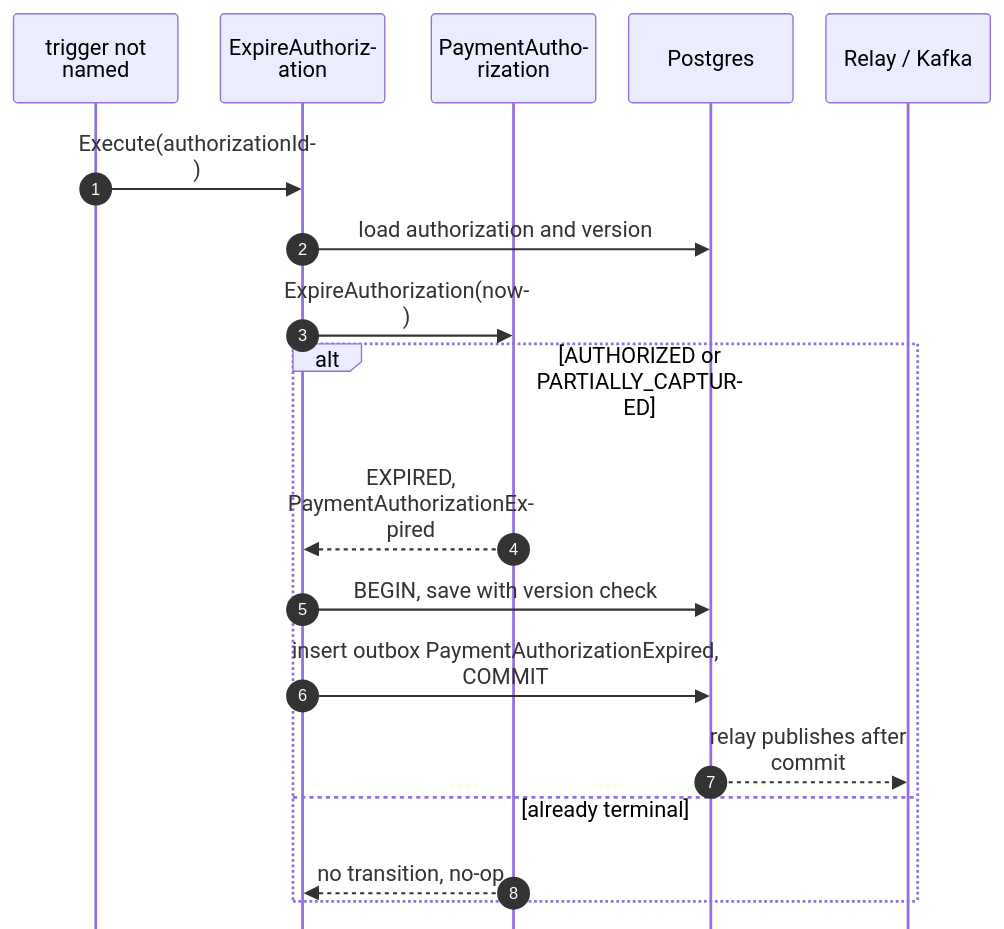
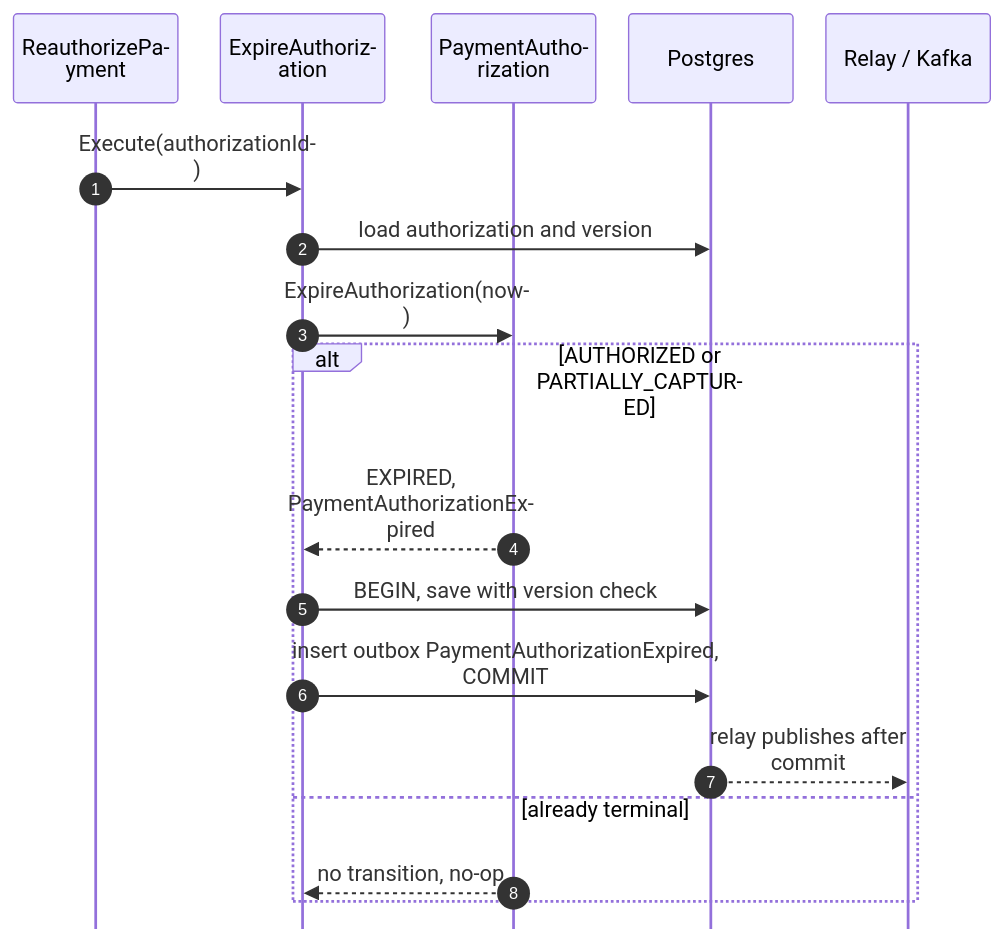
Before and after one commit to IQVO/warehouse-docs: the eighth of 8 diagrams in storefront/docs/contexts/customer-payments/sequence-diagrams.md, drawn with Mermaid. The commit also changed other lines of this file and 11 other files, not shown here.

````diff
--- a/storefront/docs/contexts/customer-payments/sequence-diagrams.md
+++ b/storefront/docs/contexts/customer-payments/sequence-diagrams.md
@@ -377,21 +388,21 @@
 ```mermaid
 %%{init: {"sequence": {"wrap": true, "width": 120, "actorMargin": 24, "messageMargin": 28, "boxMargin": 6, "noteMargin": 6, "mirrorActors": false}}}%%
 sequenceDiagram
     autonumber
-    participant T as trigger not named
+    participant T as ReauthorizePayment
     participant UC as ExpireAuthorization
     participant A as PaymentAuthorization
     participant DB as Postgres
     participant K as Relay / Kafka
     T->>UC: Execute(authorizationId)
     UC->>DB: load authorization and version
     UC->>A: ExpireAuthorization(now)
     alt AUTHORIZED or PARTIALLY_CAPTURED
         A-->>UC: EXPIRED, PaymentAuthorizationExpired
         UC->>DB: BEGIN, save with version check
         UC->>DB: insert outbox PaymentAuthorizationExpired, COMMIT
         DB-->>K: relay publishes after commit
     else already terminal
         A-->>UC: no transition, no-op
     end
 ```
````
